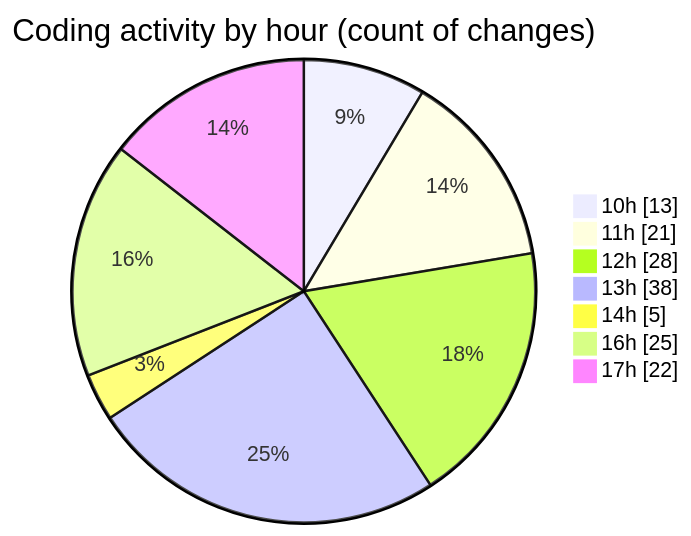
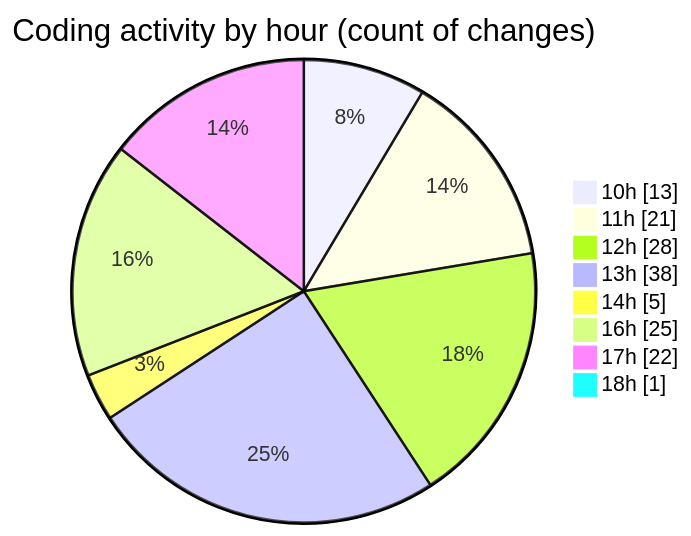
The second of 2 diagrams in 2025-06-19/cda/README.md (momahboobian/code-tracking), drawn with Mermaid before and after one commit. The commit also changed other lines of this file and 1 other file, not shown here.

````diff
--- a/2025-06-19/cda/README.md
+++ b/2025-06-19/cda/README.md
@@ -49,11 +49,12 @@
 ```mermaid
 pie showData
 title Coding activity by hour (count of changes)
 "10h" : 13
 "11h" : 21
 "12h" : 28
 "13h" : 38
 "14h" : 5
 "16h" : 25
 "17h" : 22
+"18h" : 1
 ```
````
